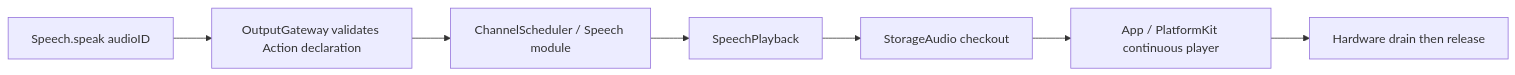
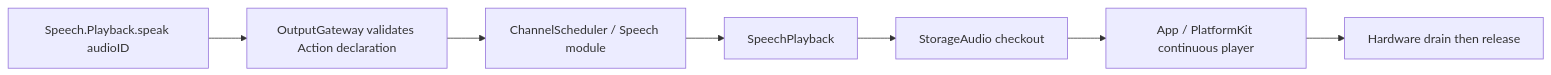
Before and after one commit to devilyouwei/MobileHarness: the diagram in MobileHarness/Actions/Speech/README.md, drawn with Mermaid. The commit also changed other lines of this file and 238 other files, not shown here.

````diff
--- a/MobileHarness/Actions/Speech/README.md
+++ b/MobileHarness/Actions/Speech/README.md
@@ -5,9 +5,9 @@
 ```mermaid
 flowchart LR
-    Call[Speech.speak audioID] --> Gateway[OutputGateway validates Action declaration]
+    Call[Speech.Playback.speak audioID] --> Gateway[OutputGateway validates Action declaration]
     Gateway --> Channel[ChannelScheduler / Speech module]
     Channel --> Playback[SpeechPlayback]
     Playback --> Cache[StorageAudio checkout]
     Cache --> Player[App / PlatformKit continuous player]
     Player --> Done[Hardware drain then release]
 ```
````
